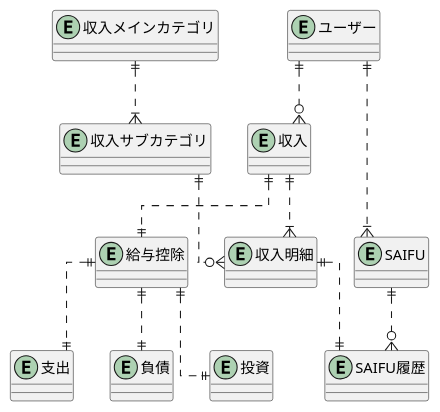
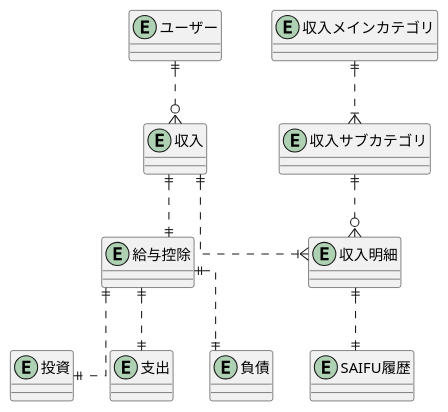
Before and after one commit to JojiKoike/saifu-docs: the diagram in design/ER_Concept_Income.wsd, drawn with PlantUML.

Commit message:
余分なエンティティとリレーションを削除

```diff
--- a/design/ER_Concept_Income.wsd
+++ b/design/ER_Concept_Income.wsd
@@ -1,55 +1,48 @@
 @startuml ER_Concept
 skinparam linetype ortho
 
 ' Entity
 entity "ユーザー" as user {
-}
-
-entity "SAIFU" as saifu {
 }
 
 entity "SAIFU履歴" as saifuHistory {
 }
 
 entity "収入" as income {
 }
 
 entity "収入明細" as incomeDetail {
 }
 
 entity "収入メインカテゴリ" as incomeCategoryMain {
 }
 
 entity "収入サブカテゴリ" as incomeCategorySub {
 }
 
 entity "給与控除" as salaryDeduction {
 }
 
 entity "投資" as investment {
 }
 
 entity "支出" as expense {
 }
 
 entity "負債" as debt {
 }
 
 ' Relation
 
-' SAIFU
-user ||..|{saifu
-saifu ||..o{saifuHistory
-
 ' Income
 incomeCategoryMain ||..|{incomeCategorySub
 incomeCategorySub ||..o{incomeDetail
 user ||..o{income
 income ||..|{incomeDetail
 incomeDetail ||..||saifuHistory
 income ||..||salaryDeduction
 salaryDeduction ||..||investment
 salaryDeduction ||..||expense
 salaryDeduction ||..||debt
 
 @enduml
```
